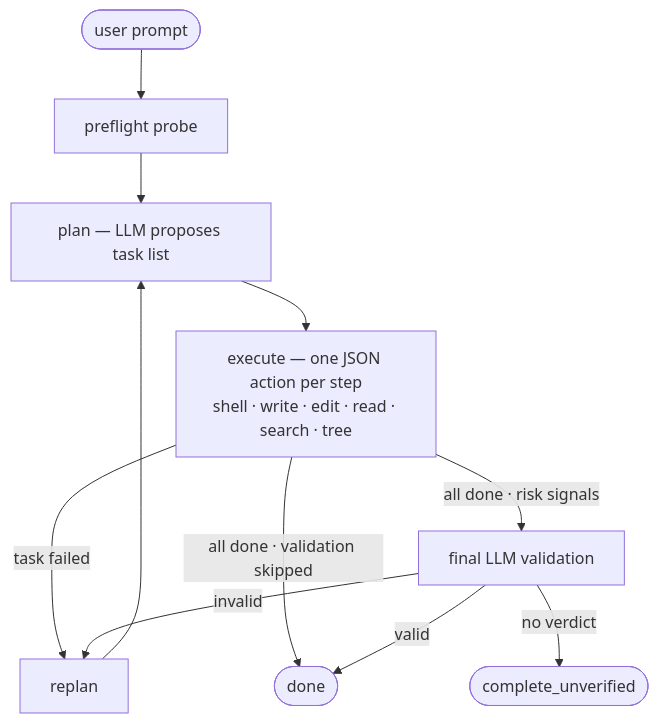
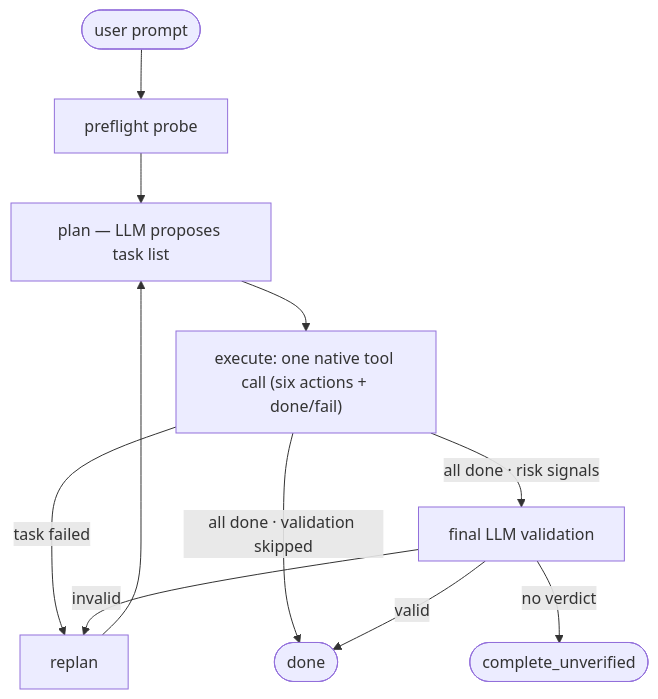
Before and after one commit to den-run-ai/askme: the diagram in README.md, drawn with Mermaid. The commit also changed other lines of this file and 7 other files, not shown here.

````diff
--- a/README.md
+++ b/README.md
@@ -97,13 +108,13 @@
 ```mermaid
 flowchart TD
     U([user prompt]) --> PF[preflight probe]
     PF --> PL[plan — LLM proposes task list]
-    PL --> EX["execute — one JSON action per step<br/>shell · write · edit · read · search · tree"]
+    PL --> EX["execute: one native tool call (six actions + done/fail)"]
     EX -- task failed --> RE[replan]
     RE --> PL
     EX -- "all done · validation skipped" --> DONE([done])
     EX -- "all done · risk signals" --> V[final LLM validation]
     V -- valid --> DONE
     V -- "no verdict" --> UNV([complete_unverified])
     V -- invalid --> RE
 ```
````
